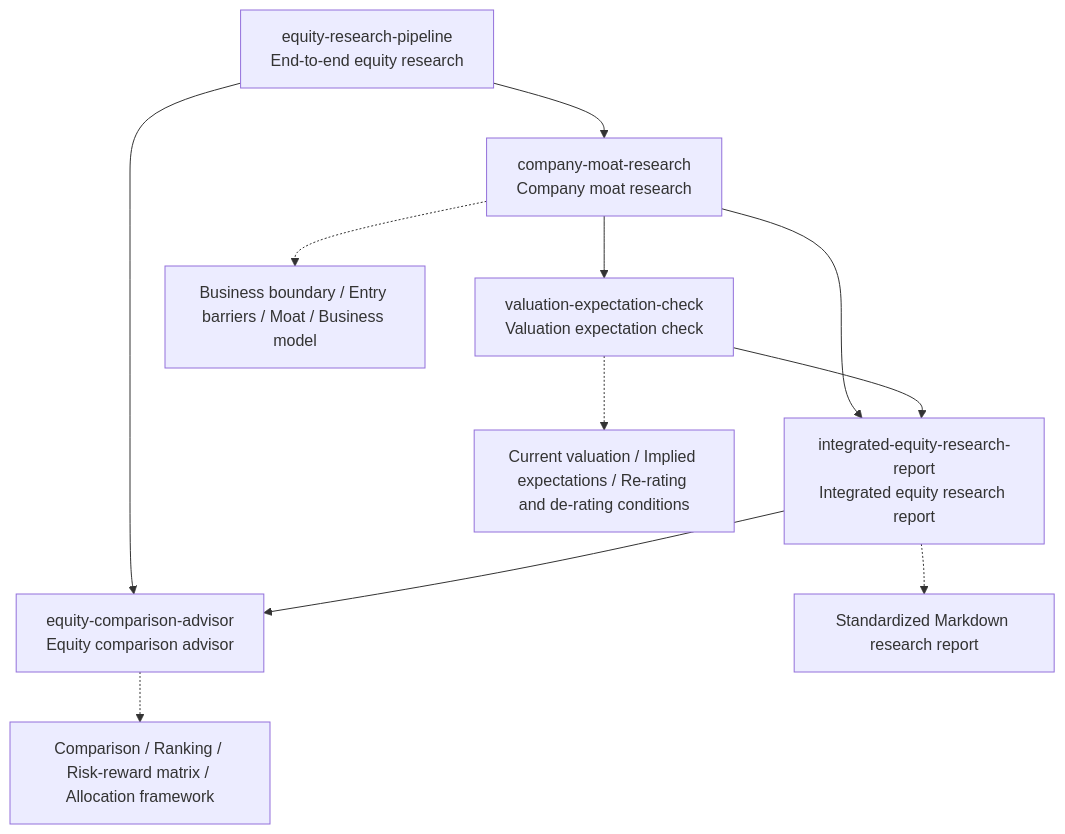
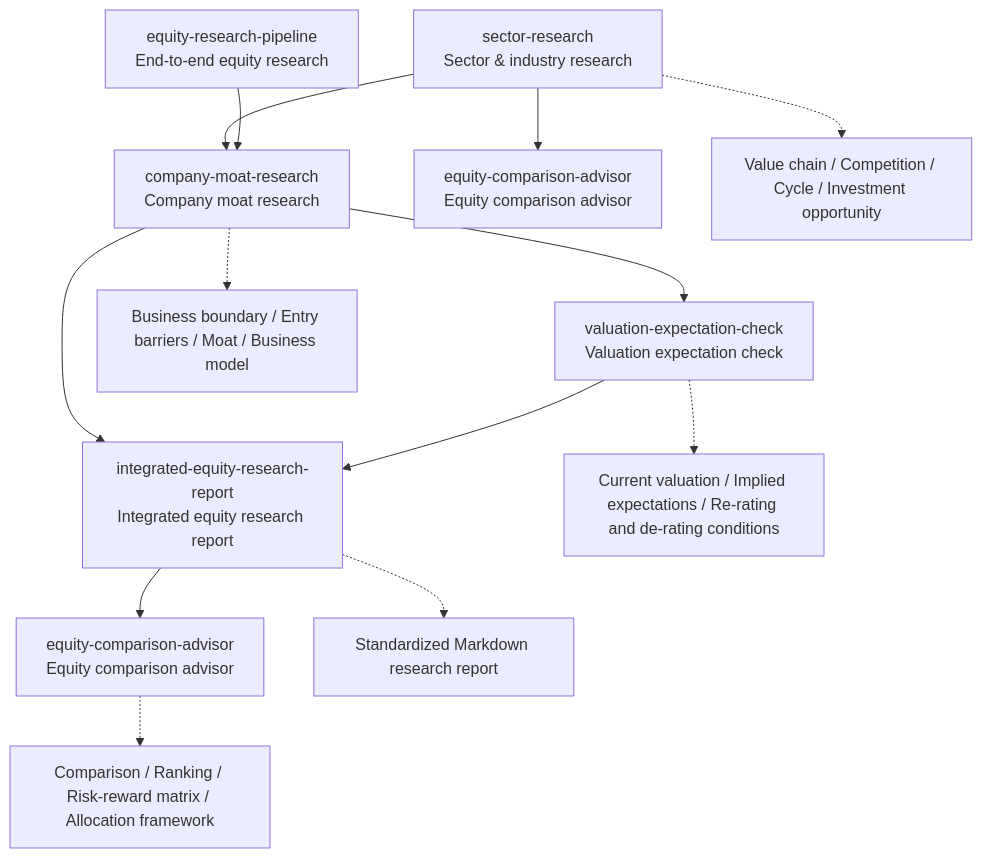
The diagram in README.en.md (vampire-locker/investment-research-skills), drawn with Mermaid before and after one commit. The commit also changed other lines of this file and 1 other file, not shown here.

Commit message:
docs(README): 新增 sector-research 技能介绍，更新工作流图、目录表、安装脚本和仓库结构（Skills 5→6）

````diff
--- a/README.en.md
+++ b/README.en.md
@@ -69,14 +71,16 @@
 ```mermaid
 flowchart TD
-    A["company-moat-research<br/>Company moat research"] --> B["valuation-expectation-check<br/>Valuation expectation check"]
+    S["sector-research<br/>Sector & industry research"] --> A["company-moat-research<br/>Company moat research"]
+    S --> P["equity-comparison-advisor<br/>Equity comparison advisor"]
+    A --> B["valuation-expectation-check<br/>Valuation expectation check"]
     A --> C["integrated-equity-research-report<br/>Integrated equity research report"]
     B --> C
-    P["equity-research-pipeline<br/>End-to-end equity research"] --> A
-    P --> G["equity-comparison-advisor<br/>Equity comparison advisor"]
-    C --> G
+    P2["equity-research-pipeline<br/>End-to-end equity research"] --> A
+    C --> G["equity-comparison-advisor<br/>Equity comparison advisor"]
 
+    S -.-> I["Value chain / Competition / Cycle / Investment opportunity"]
     A -.-> D["Business boundary / Entry barriers / Moat / Business model"]
     B -.-> E["Current valuation / Implied expectations / Re-rating and de-rating conditions"]
     C -.-> F["Standardized Markdown research report"]
     G -.-> H["Comparison / Ranking / Risk-reward matrix / Allocation framework"]
 ```
````
